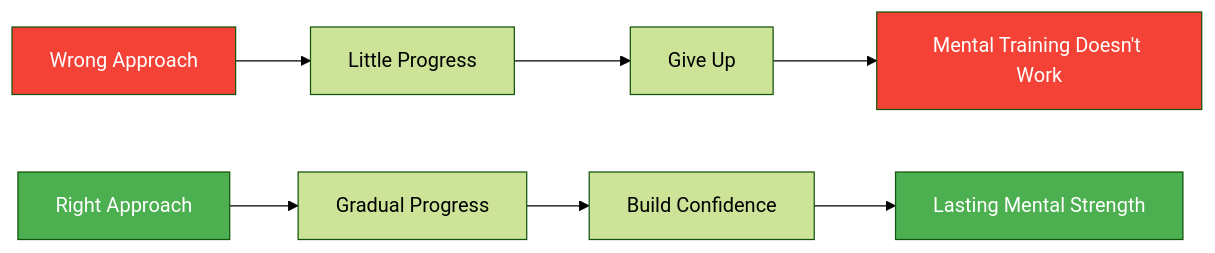
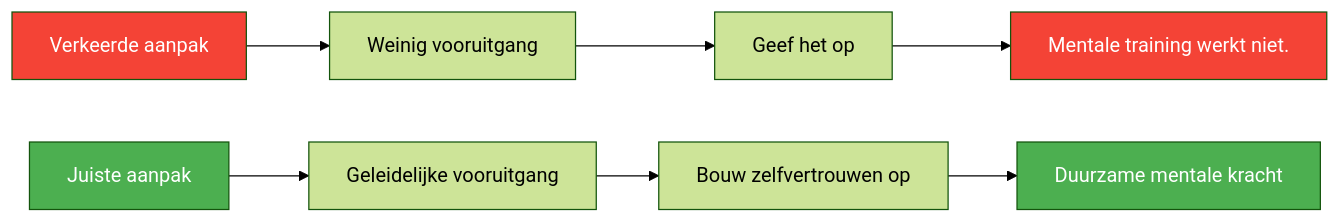
Before and after one commit to patwii/petanque-academy: the diagram in docs/nl/articles/mental-training-mistakes.md, drawn with Mermaid (forest theme). The commit also changed other lines of this file and 550 other files, not shown here.

````diff
--- a/docs/nl/articles/mental-training-mistakes.md
+++ b/docs/nl/articles/mental-training-mistakes.md
@@ -16,15 +16,15 @@
 ```mermaid
 flowchart LR
-    A[Wrong Approach] --> B[Little Progress]
-    B --> C[Give Up]
-    C --> D[Mental Training Doesn't Work]
+    A[Verkeerde aanpak] --> B[Weinig vooruitgang]
+    B --> C[Geef het op]
+    C --> D[Mentale training werkt niet.]
 
-    E[Right Approach] --> F[Gradual Progress]
-    F --> G[Build Confidence]
-    G --> H[Lasting Mental Strength]
+    E[Juiste aanpak] --> F[Geleidelijke vooruitgang]
+    F --> G[Bouw zelfvertrouwen op]
+    G --> H[Duurzame mentale kracht]
 
     style A fill:#f44336,color:#fff
     style D fill:#f44336,color:#fff
     style E fill:#4CAF50,color:#fff
     style H fill:#4CAF50,color:#fff
 ```
````
